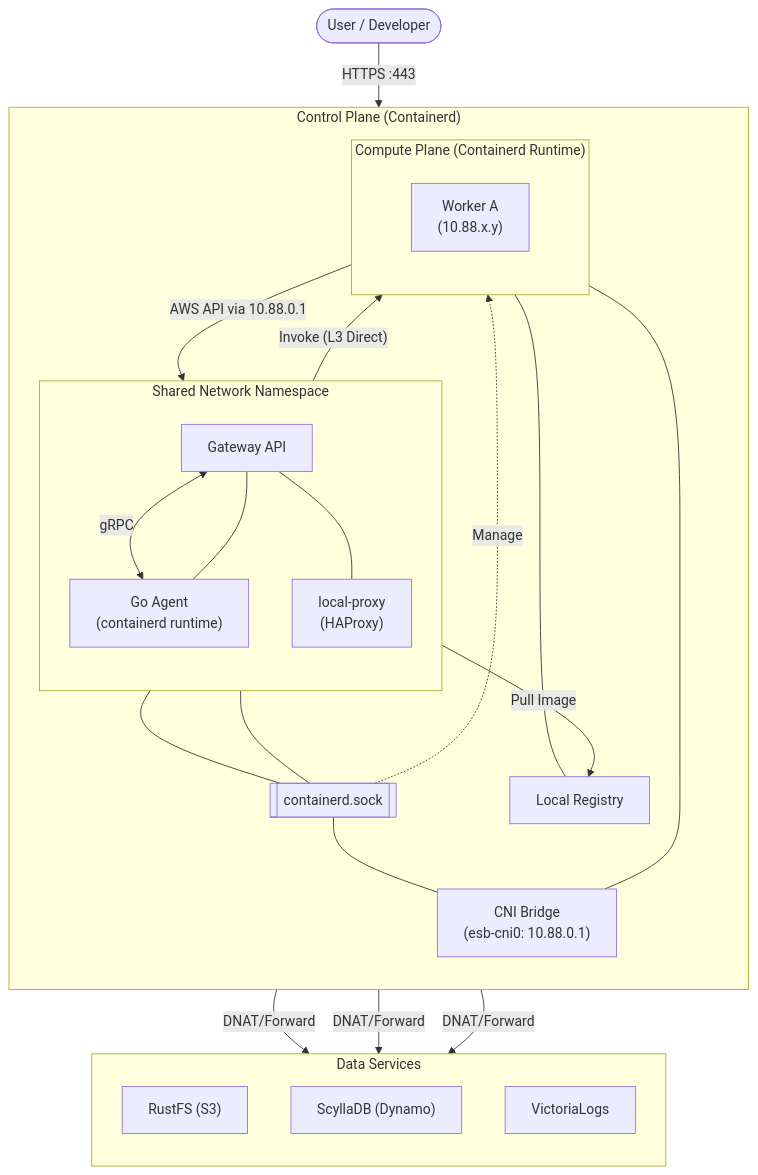
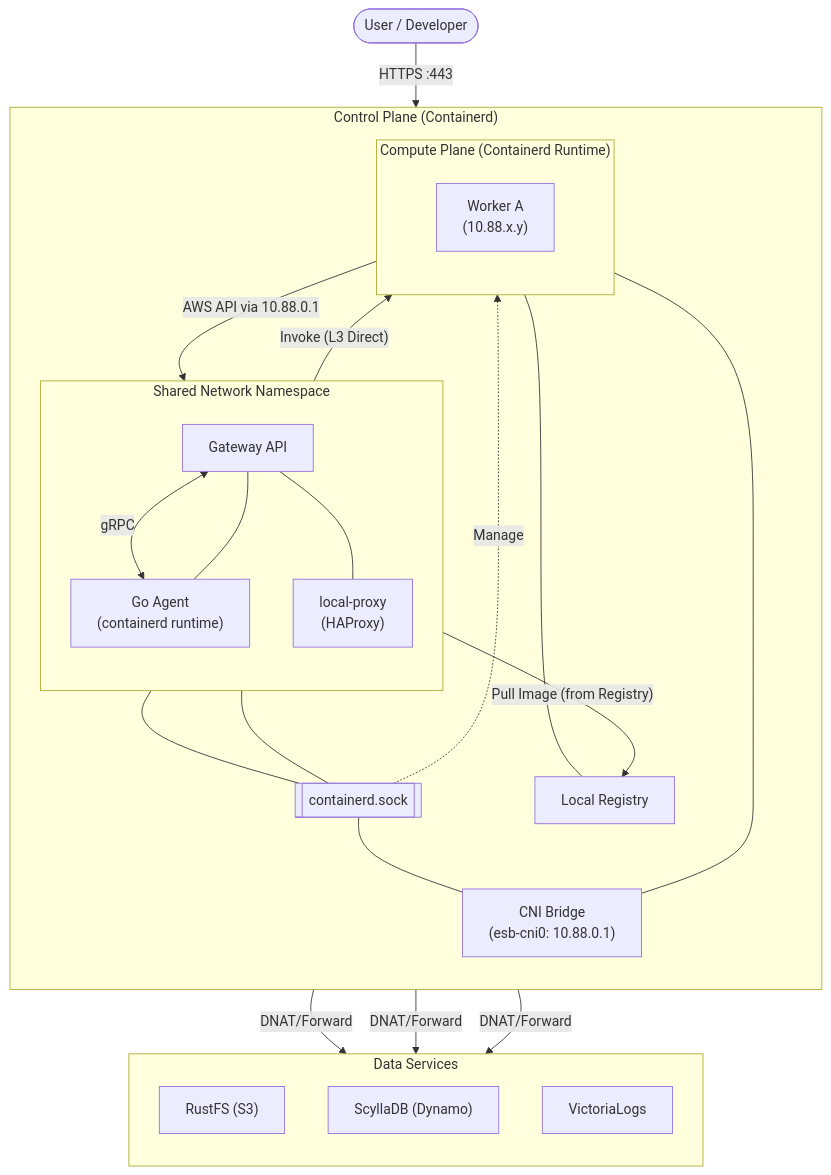
Before and after one commit to poruru-code/esb: the third of 4 diagrams in docs/architecture-containerd.md, drawn with Mermaid. The commit also changed other lines of this file and 24 other files, not shown here.

````diff
--- a/docs/architecture-containerd.md
+++ b/docs/architecture-containerd.md
@@ -102,55 +99,55 @@
 ```mermaid
 flowchart TD
     Client(["User / Developer"]) -->|"HTTPS :443"| Gateway
 
     subgraph CP ["Control Plane (Containerd)"]
         direction TB
         
         subgraph NetNS ["Shared Network Namespace"]
             direction TB
             Agent["Go Agent<br/>(containerd runtime)"]
             Gateway["Gateway API"]
             Proxy["local-proxy<br/>(HAProxy)"]
             
             %% Vertical Stack
             Agent --- Gateway
             Gateway --- Proxy
         end
 
         Containerd[["containerd.sock"]]
         CNI["CNI Bridge<br/>(esb-cni0: 10.88.0.1)"]
 
         subgraph CMP ["Compute Plane (Containerd Runtime)"]
             direction TB
             WorkerA["Worker A<br/>(10.88.x.y)"]
         end
 
         Registry["Local Registry"]
         
         %% Vertical Stack
         NetNS --- Containerd
         Containerd --- CNI
         CNI --- CMP
         CMP --- Registry
     end
 
     subgraph DS ["Data Services"]
         direction TB
         RustFS["RustFS (S3)"]
         ScyllaDB["ScyllaDB (Dynamo)"]
         VL["VictoriaLogs"]
     end
 
     %% Interactions
     Gateway <-->|"gRPC"| Agent
     Agent --- Containerd
     Containerd -.->|"Manage"| WorkerA
-    Agent -->|"Pull Image"| Registry
+    Agent -->|"Pull Image (from Registry)"| Registry
     
     %% Networking
     Gateway -->|"Invoke (L3 Direct)"| WorkerA
     WorkerA -->|"AWS API via 10.88.0.1"| Proxy
     Proxy -->|"DNAT/Forward"| RustFS
     Proxy -->|"DNAT/Forward"| ScyllaDB
     Proxy -->|"DNAT/Forward"| VL
 ```
````
